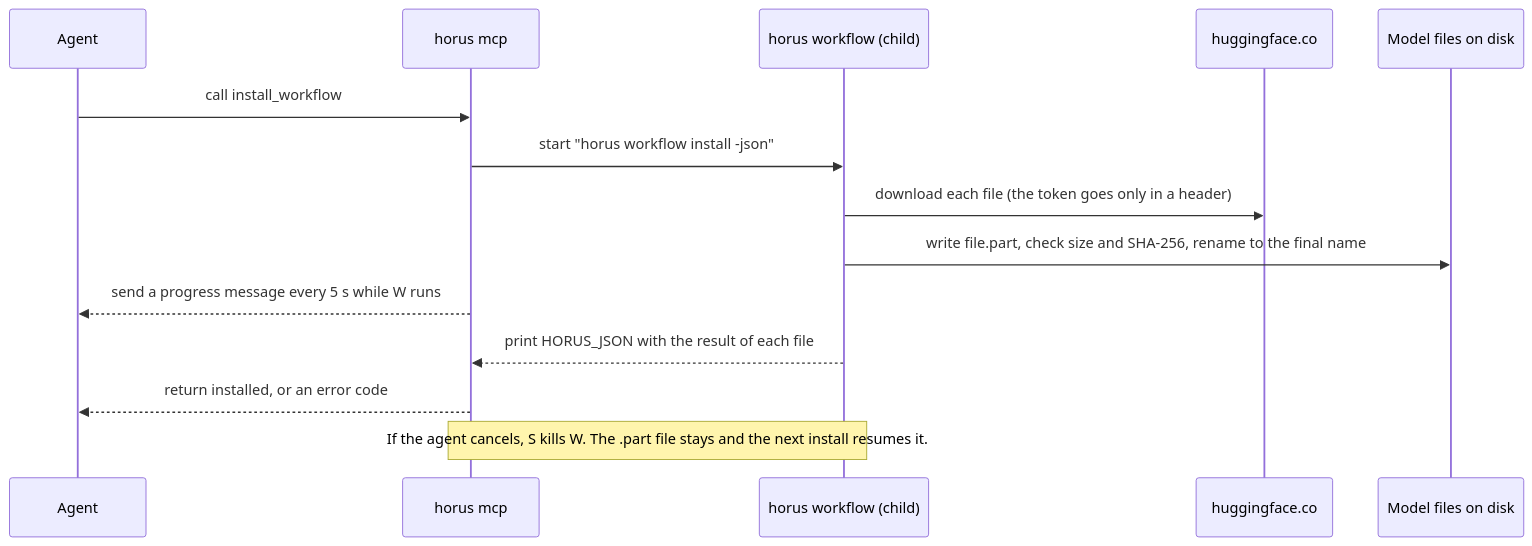
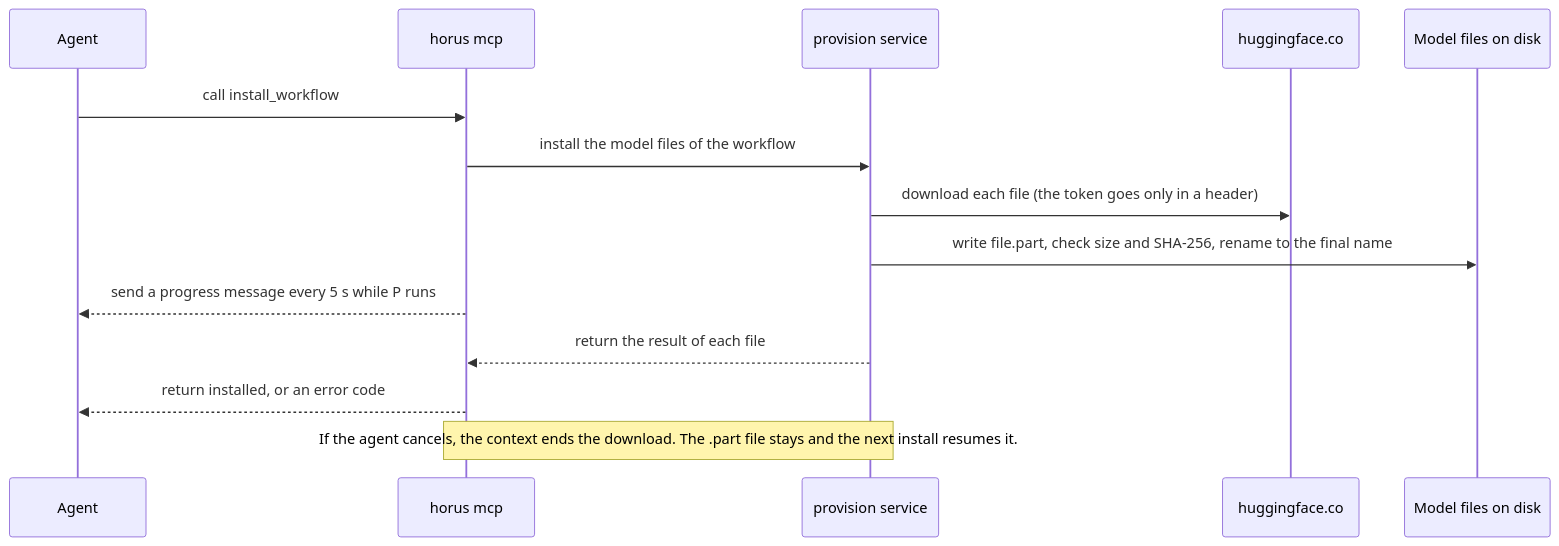
One commit to hieplam/horus changed the second of 3 diagrams in docs/mcp.md. Above: the diagram before and after it, drawn with Mermaid. The commit also changed other lines of this file and 7 other files, not shown here.

````diff
--- a/docs/mcp.md
+++ b/docs/mcp.md
@@ -42,16 +61,16 @@
 ```mermaid
 sequenceDiagram
   participant A as Agent
   participant S as horus mcp
-  participant W as horus workflow (child)
+  participant P as provision service
   participant H as huggingface.co
   participant D as Model files on disk
   A->>S: call install_workflow
-  S->>W: start "horus workflow install -json"
-  W->>H: download each file (the token goes only in a header)
-  W->>D: write file.part, check size and SHA-256, rename to the final name
-  S-->>A: send a progress message every 5 s while W runs
-  W-->>S: print HORUS_JSON with the result of each file
+  S->>P: install the model files of the workflow
+  P->>H: download each file (the token goes only in a header)
+  P->>D: write file.part, check size and SHA-256, rename to the final name
+  S-->>A: send a progress message every 5 s while P runs
+  P-->>S: return the result of each file
   S-->>A: return installed, or an error code
-  Note over S,W: If the agent cancels, S kills W. The .part file stays and the next install resumes it.
+  Note over S,P: If the agent cancels, the context ends the download. The .part file stays and the next install resumes it.
 ```
````
